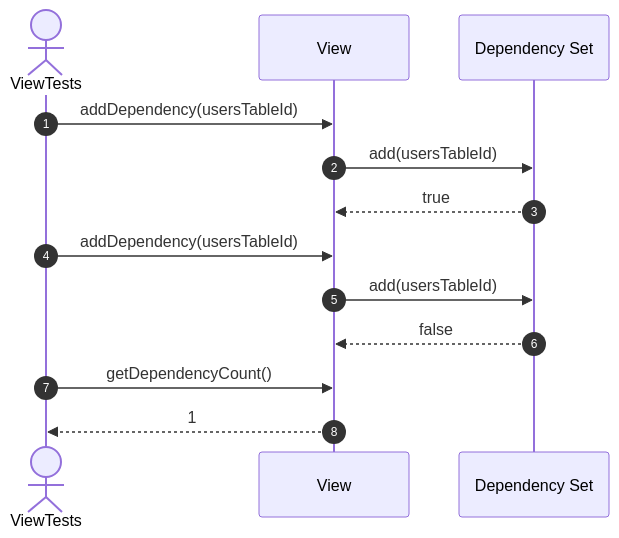
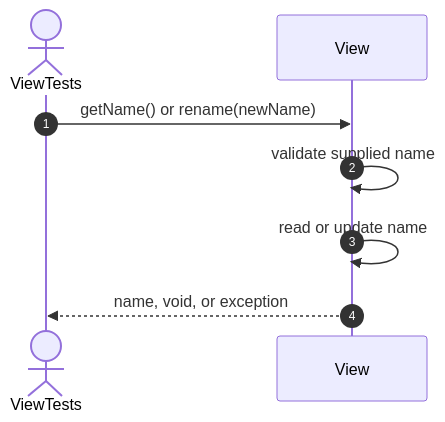
One commit to FhuAnn/-bbv-AN-s-DBMS changed diagram 11 of 48 in src/tests/unit/metadata/docs/view-testing.se.md. Above: the diagram before and after it, drawn with Mermaid. The commit also changed other lines of this file and 7 other files, not shown here.

Commit message:
update detail testing process up to now in readme, update constraint testing sequences

````diff
--- a/src/tests/unit/metadata/docs/view-testing.se.md
+++ b/src/tests/unit/metadata/docs/view-testing.se.md
@@ -181,18 +148,10 @@
 ```mermaid
 sequenceDiagram
     autonumber
     actor Test as ViewTests
     participant View as View
-    participant Dependencies as Dependency Set
-
-    Test->>View: addDependency(usersTableId)
-    View->>Dependencies: add(usersTableId)
-    Dependencies-->>View: true
-
-    Test->>View: addDependency(usersTableId)
-    View->>Dependencies: add(usersTableId)
-    Dependencies-->>View: false
-
-    Test->>View: getDependencyCount()
-    View-->>Test: 1
+    Test->>View: getName() or rename(newName)
+    View->>View: validate supplied name
+    View->>View: read or update name
+    View-->>Test: name, void, or exception
 ```
````
